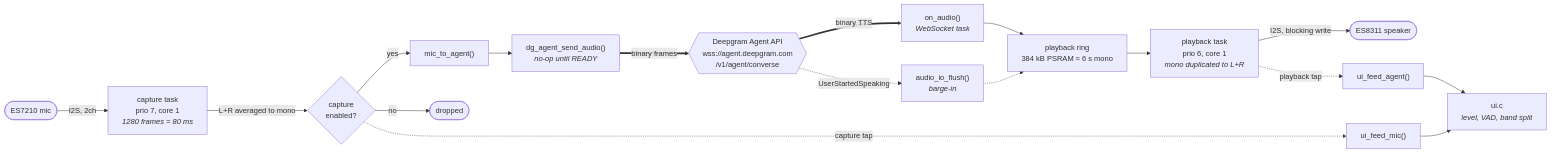
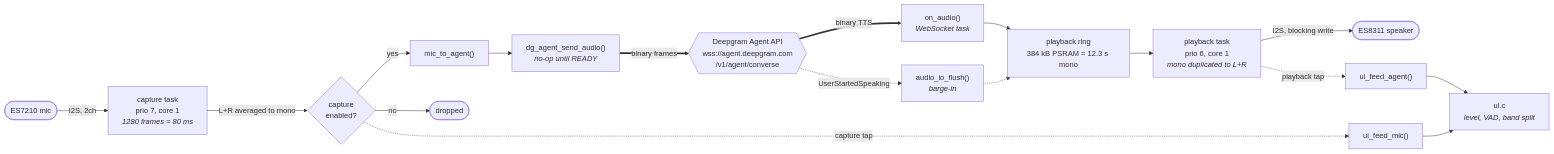
Before and after one commit to dg-edcharbeneau/esp32-deepgram-voice-agent: the second of 7 diagrams in ARCHITECTURE.md, drawn with Mermaid. The commit also changed 2 other files, not shown here.

````diff
--- a/ARCHITECTURE.md
+++ b/ARCHITECTURE.md
@@ -84,21 +84,21 @@
 ```mermaid
 flowchart LR
     mic(["ES7210 mic"]) -->|"I2S, 2ch"| cap["capture task<br/>prio 7, core 1<br/><i>1280 frames = 80 ms</i>"]
     cap -->|"L+R averaged to mono"| gate{"capture<br/>enabled?"}
     gate -->|yes| sink["mic_to_agent()"]
     gate -->|no| drop1(["dropped"])
     sink --> ws["dg_agent_send_audio()<br/><i>no-op until READY</i>"]
     ws ==>|"binary frames"| dg{{"Deepgram Agent API<br/>wss://agent.deepgram.com<br/>/v1/agent/converse"}}
 
     dg ==>|"binary TTS"| oncb["on_audio()<br/><i>WebSocket task</i>"]
-    oncb --> ring["playback ring<br/>384 kB PSRAM ≈ 6 s mono"]
+    oncb --> ring["playback ring<br/>384 kB PSRAM = 12.3 s mono"]
     ring --> play["playback task<br/>prio 6, core 1<br/><i>mono duplicated to L+R</i>"]
     play -->|"I2S, blocking write"| spk(["ES8311 speaker"])
 
     gate -.->|"capture tap"| uifeed["ui_feed_mic()"]
     play -.->|"playback tap"| uifeed2["ui_feed_agent()"]
     uifeed & uifeed2 --> uibox["ui.c<br/><i>level, VAD, band split</i>"]
 
     dg -.->|"UserStartedSpeaking"| flush["audio_io_flush()<br/><i>barge-in</i>"]
     flush -.-> ring
 ```
````
